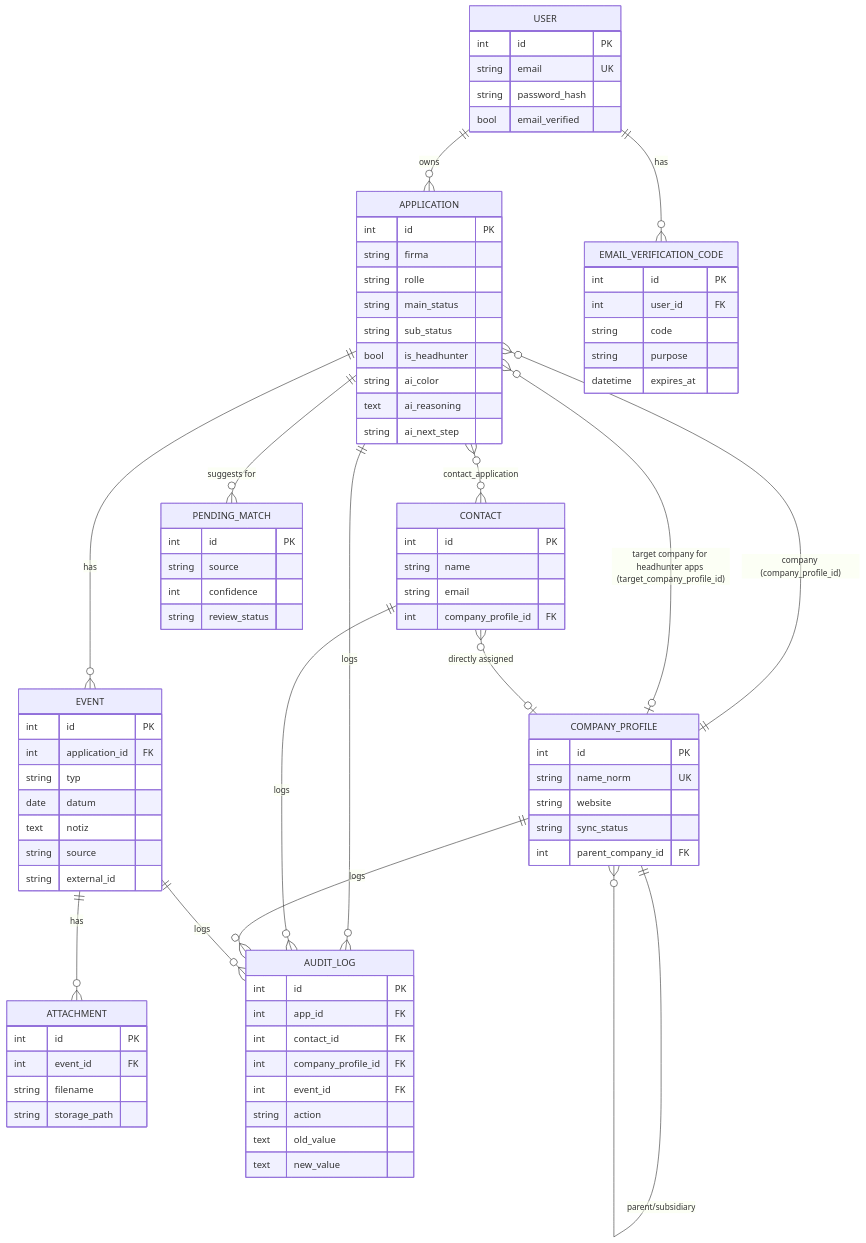
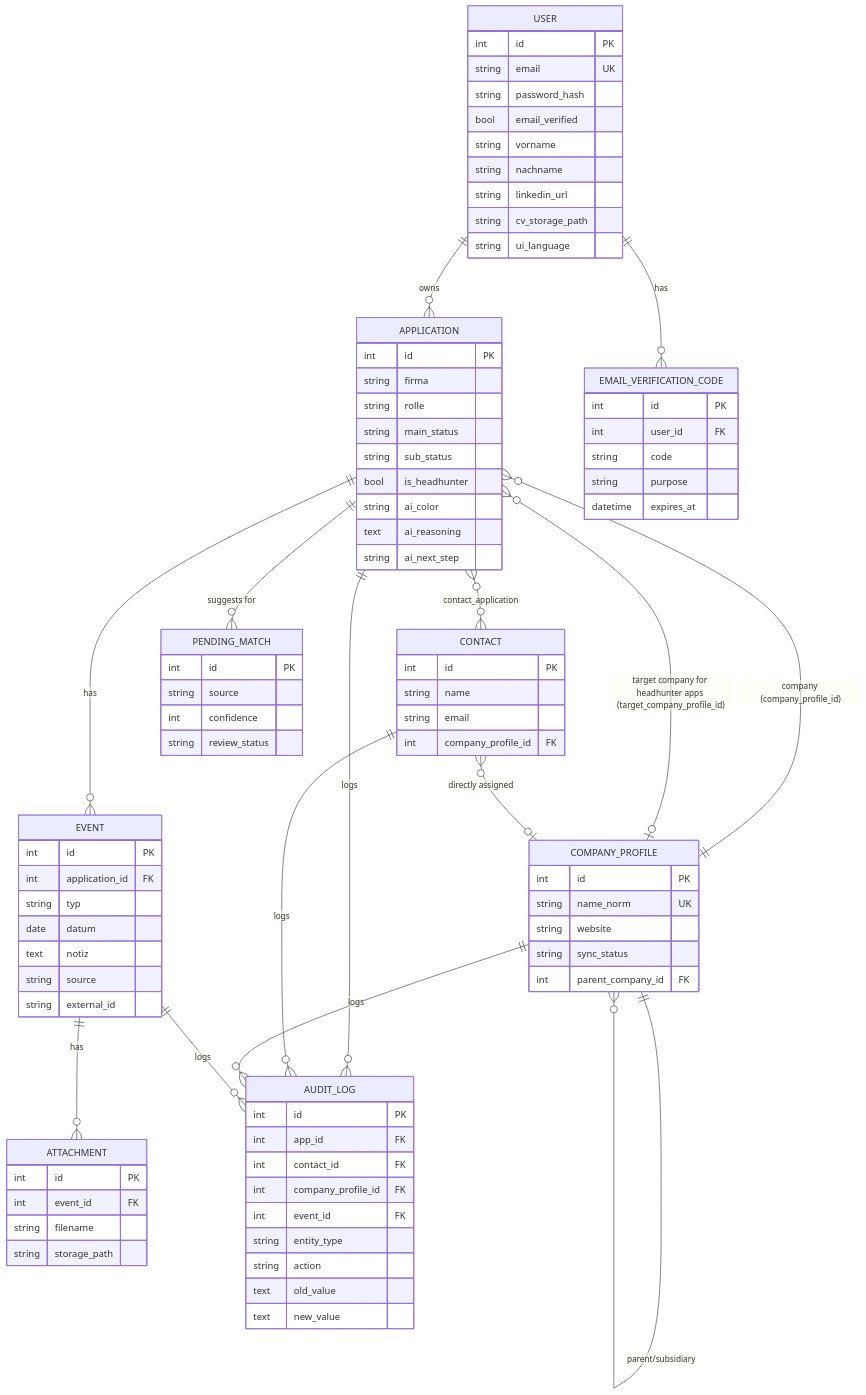
One commit to EGulinsky/rapport changed the seventh of 9 diagrams in docs/ARCHITECTURE.md. Above: the diagram before and after it, drawn with Mermaid. The commit also changed other lines of this file and 4 other files, not shown here.

First line of the commit message:
docs: bring ARCHITECTURE/TEST_KONZEPT/README/CLAUDE.md/agent README up to date

```diff
--- a/docs/ARCHITECTURE.md
+++ b/docs/ARCHITECTURE.md
@@ -528,6 +539,11 @@
         string email UK
         string password_hash
         bool email_verified
+        string vorname
+        string nachname
+        string linkedin_url
+        string cv_storage_path
+        string ui_language
     }
     EMAIL_VERIFICATION_CODE {
         int id PK
@@ -587,6 +603,7 @@
         int contact_id FK
         int company_profile_id FK
         int event_id FK
+        string entity_type
         string action
         text old_value
         text new_value
```
